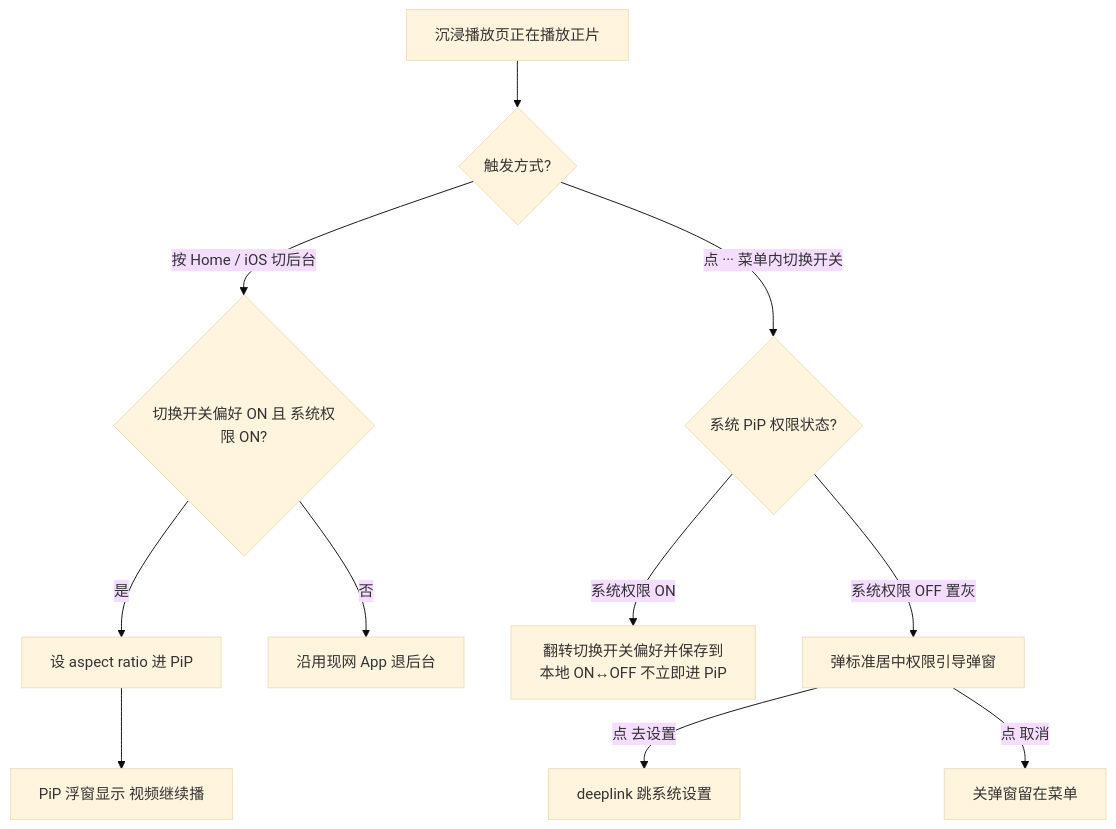
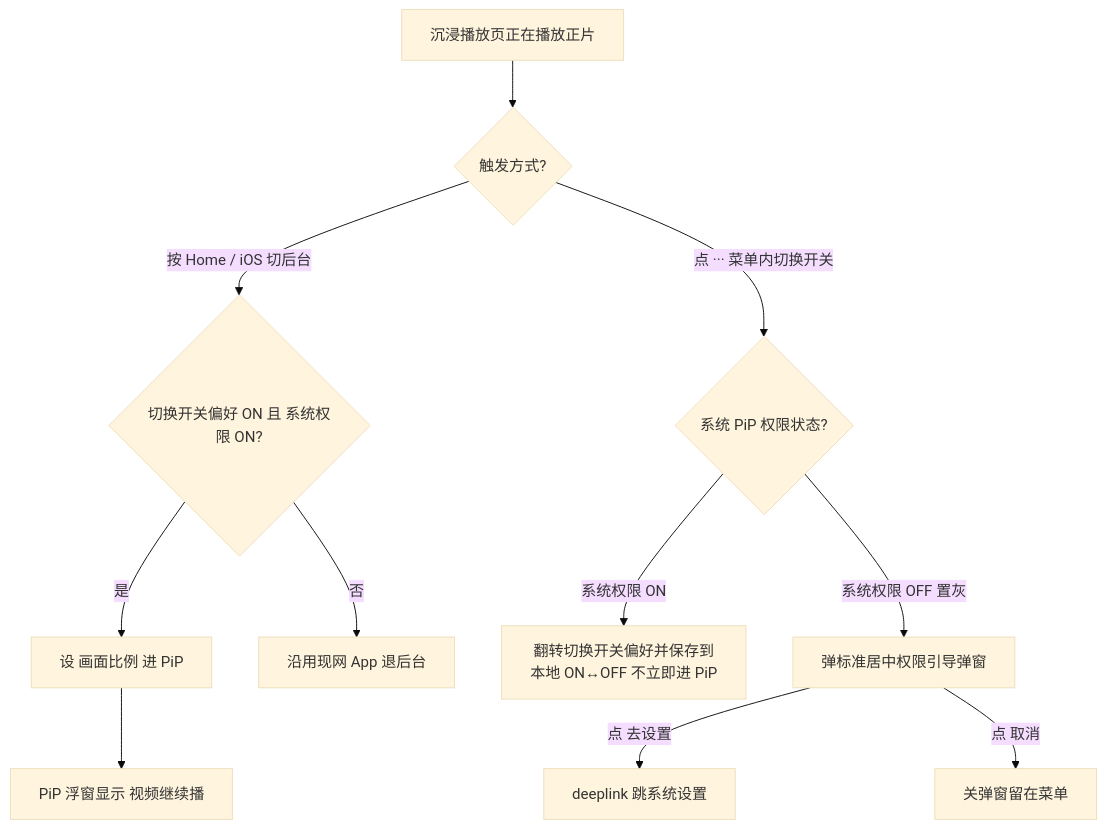
One commit to king460357/ff-app-prd changed the first of 2 diagrams in docs/20260529/PRD/画中画/20260529_画中画_PRD.md. Above: the diagram before and after it, drawn with Mermaid (base theme). The commit also changed other lines of this file and 1 other file, not shown here.

````diff
--- a/docs/20260529/PRD/画中画/20260529_画中画_PRD.md
+++ b/docs/20260529/PRD/画中画/20260529_画中画_PRD.md
@@ -68,13 +68,13 @@
 ```mermaid
 flowchart TD
  A0[沉浸播放页正在播放正片] --> A1{触发方式?}
  A1 -->|按 Home / iOS 切后台| A2{切换开关偏好 ON 且 系统权限 ON?}
  A1 -->|点 ··· 菜单内切换开关| A3{系统 PiP 权限状态?}
- A2 -->|是| A4[设 aspect ratio 进 PiP]
+ A2 -->|是| A4[设 画面比例 进 PiP]
  A2 -->|否| A5[沿用现网 App 退后台]
  A3 -->|系统权限 ON| A6[翻转切换开关偏好并保存到本地 ON↔OFF 不立即进 PiP]
  A3 -->|系统权限 OFF 置灰| A7[弹标准居中权限引导弹窗]
  A7 -->|点 去设置| A8[deeplink 跳系统设置]
  A7 -->|点 取消| A9[关弹窗留在菜单]
  A4 --> A10[PiP 浮窗显示 视频继续播]
 ```
````
